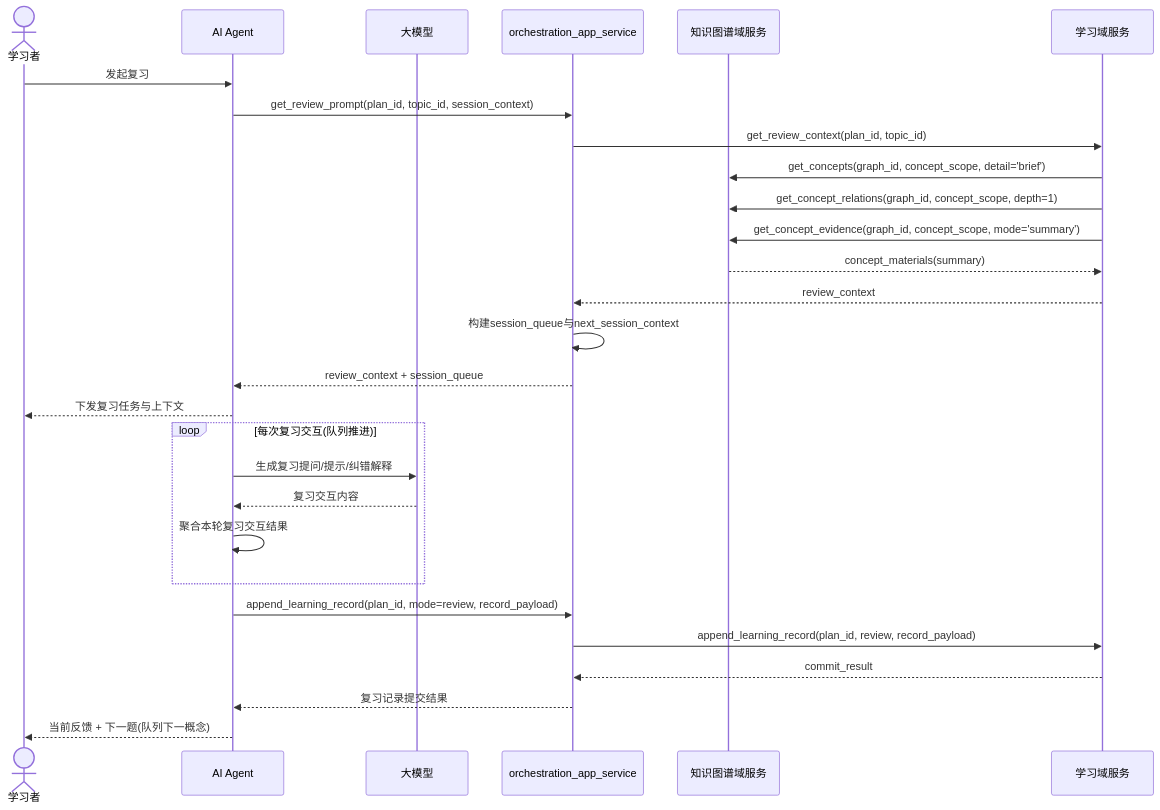
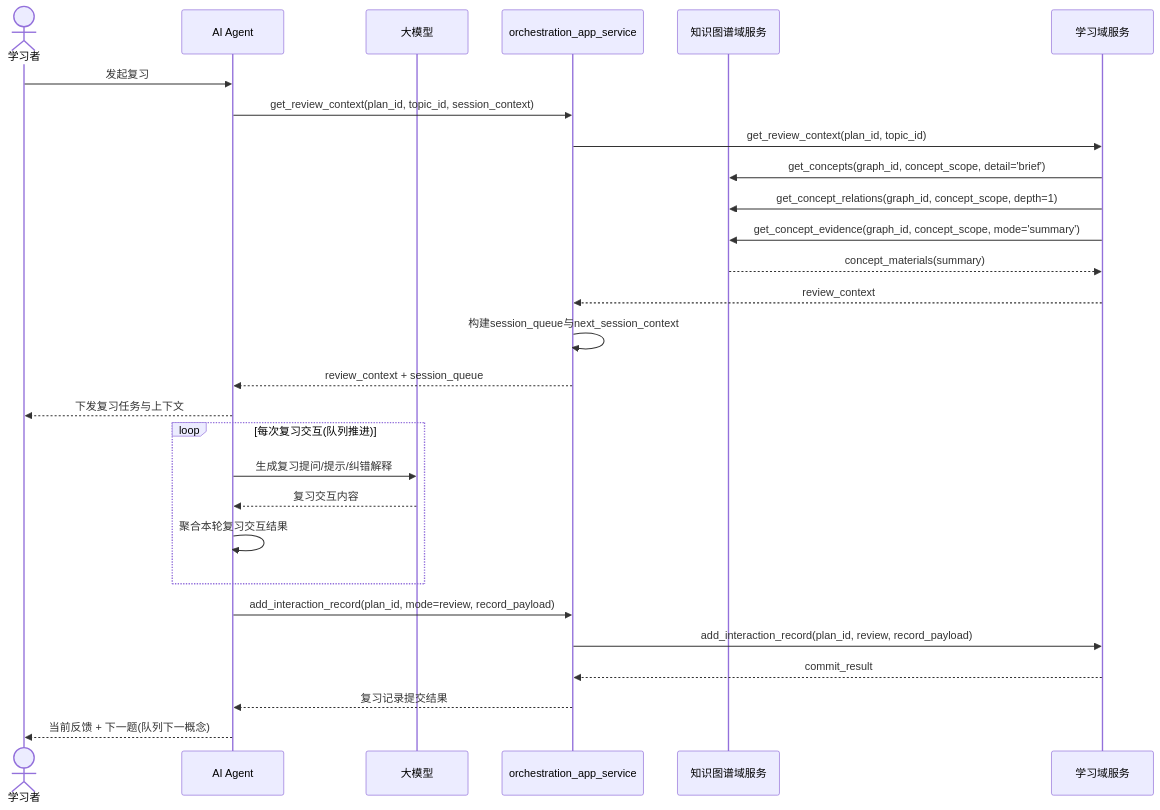
One commit to alavten/learn-socratic changed the fifth of 7 diagrams in docs/architecture-design.md. Above: the diagram before and after it, drawn with Mermaid. The commit also changed other lines of this file and 80 other files, not shown here.

````diff
--- a/docs/architecture-design.md
+++ b/docs/architecture-design.md
@@ -217,31 +217,31 @@
 ```mermaid
 sequenceDiagram
   actor User as 学习者
   participant Agent as AI Agent
   participant LLM as 大模型
   participant Orchestrator as orchestration_app_service
   participant KG as 知识图谱域服务
   participant Learning as 学习域服务
 
   User->>Agent: 发起复习
-  Agent->>Orchestrator: get_review_prompt(plan_id, topic_id, session_context)
+  Agent->>Orchestrator: get_review_context(plan_id, topic_id, session_context)
   Orchestrator->>Learning: get_review_context(plan_id, topic_id)
   Learning->>KG: get_concepts(graph_id, concept_scope, detail='brief')
   Learning->>KG: get_concept_relations(graph_id, concept_scope, depth=1)
   Learning->>KG: get_concept_evidence(graph_id, concept_scope, mode='summary')
   KG-->>Learning: concept_materials(summary)
   Learning-->>Orchestrator: review_context
   Orchestrator->>Orchestrator: 构建session_queue与next_session_context
   Orchestrator-->>Agent: review_context + session_queue
   Agent-->>User: 下发复习任务与上下文
   loop 每次复习交互(队列推进)
     Agent->>LLM: 生成复习提问/提示/纠错解释
     LLM-->>Agent: 复习交互内容
     Agent->>Agent: 聚合本轮复习交互结果
   end
-  Agent->>Orchestrator: append_learning_record(plan_id, mode=review, record_payload)
-  Orchestrator->>Learning: append_learning_record(plan_id, review, record_payload)
+  Agent->>Orchestrator: add_interaction_record(plan_id, mode=review, record_payload)
+  Orchestrator->>Learning: add_interaction_record(plan_id, review, record_payload)
   Learning-->>Orchestrator: commit_result
   Orchestrator-->>Agent: 复习记录提交结果
   Agent-->>User: 当前反馈 + 下一题(队列下一概念)
 ```
````
